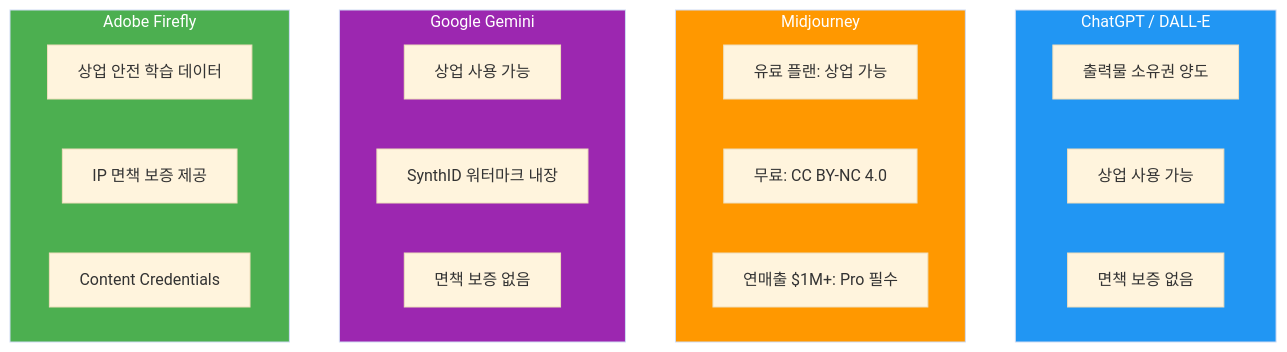
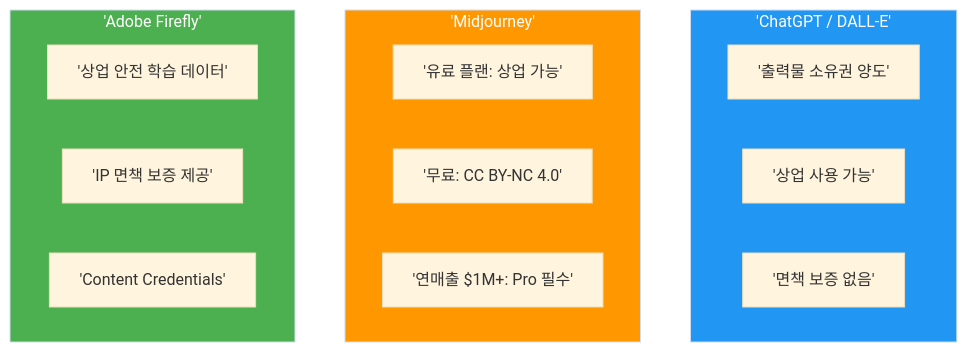
The second of 3 diagrams in 12-ch12-실전-포트폴리오-프로젝트/04-04-ai-비주얼의-저작권윤리상업적-활용.md (jsonpassion/forge-tutorial-promptcanvas), drawn with Mermaid (base theme) before and after one commit. The commit also changed other lines of this file and 63 other files, not shown here.

````diff
--- a/12-ch12-실전-포트폴리오-프로젝트/04-04-ai-비주얼의-저작권윤리상업적-활용.md
+++ b/12-ch12-실전-포트폴리오-프로젝트/04-04-ai-비주얼의-저작권윤리상업적-활용.md
@@ -192,31 +71,24 @@
 ```mermaid
 flowchart TD
-    subgraph ChatGPT["ChatGPT / DALL-E"]
-        A1["출력물 소유권 양도"]
-        A2["상업 사용 가능"]
-        A3["면책 보증 없음"]
+    subgraph ChatGPT['ChatGPT / DALL-E']
+        A1['출력물 소유권 양도']
+        A2['상업 사용 가능']
+        A3['면책 보증 없음']
     end
-    
-    subgraph MJ["Midjourney"]
-        B1["유료 플랜: 상업 가능"]
-        B2["무료: CC BY-NC 4.0"]
-        B3["연매출 $1M+: Pro 필수"]
+
+    subgraph MJ['Midjourney']
+        B1['유료 플랜: 상업 가능']
+        B2['무료: CC BY-NC 4.0']
+        B3['연매출 $1M+: Pro 필수']
     end
-    
-    subgraph Gemini["Google Gemini"]
-        C1["상업 사용 가능"]
-        C2["SynthID 워터마크 내장"]
-        C3["면책 보증 없음"]
+
+    subgraph Firefly['Adobe Firefly']
+        D1['상업 안전 학습 데이터']
+        D2['IP 면책 보증 제공']
+        D3['Content Credentials']
     end
-    
-    subgraph Firefly["Adobe Firefly"]
-        D1["상업 안전 학습 데이터"]
-        D2["IP 면책 보증 제공"]
-        D3["Content Credentials"]
-    end
-    
+
     style Firefly fill:#4CAF50,color:#fff
     style ChatGPT fill:#2196F3,color:#fff
     style MJ fill:#FF9800,color:#fff
-    style Gemini fill:#9C27B0,color:#fff
 ```
````
